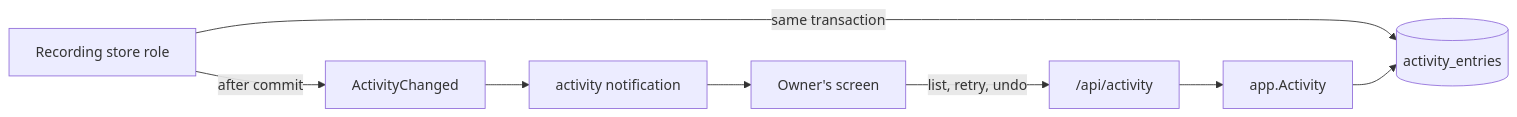
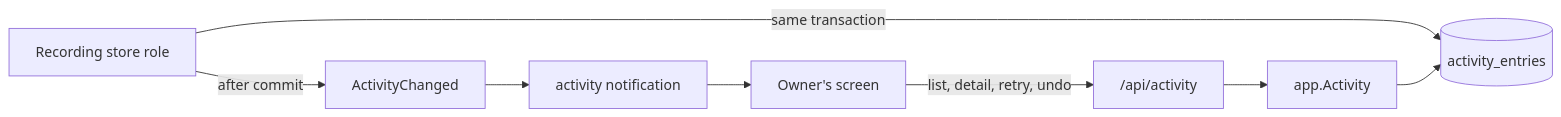
The first of 2 diagrams in docs/design-docs/activity.md (syudead/vv), drawn with Mermaid before and after one commit. The commit also changed other lines of this file and 17 other files, not shown here.

First line of the commit message:
feat(activity): list top-level entries by pipeline and read an entry's detail

````diff
--- a/docs/design-docs/activity.md
+++ b/docs/design-docs/activity.md
@@ -15,10 +15,10 @@
 ```mermaid
 flowchart LR
   role[Recording store role] -->|same transaction| entries[(activity_entries)]
   role -->|after commit| bus[ActivityChanged]
   bus --> sse[activity notification]
   sse --> screen[Owner's screen]
-  screen -->|list, retry, undo| api["/api/activity"]
+  screen -->|list, detail, retry, undo| api["/api/activity"]
   api --> app[app.Activity]
   app --> entries
 ```
````
